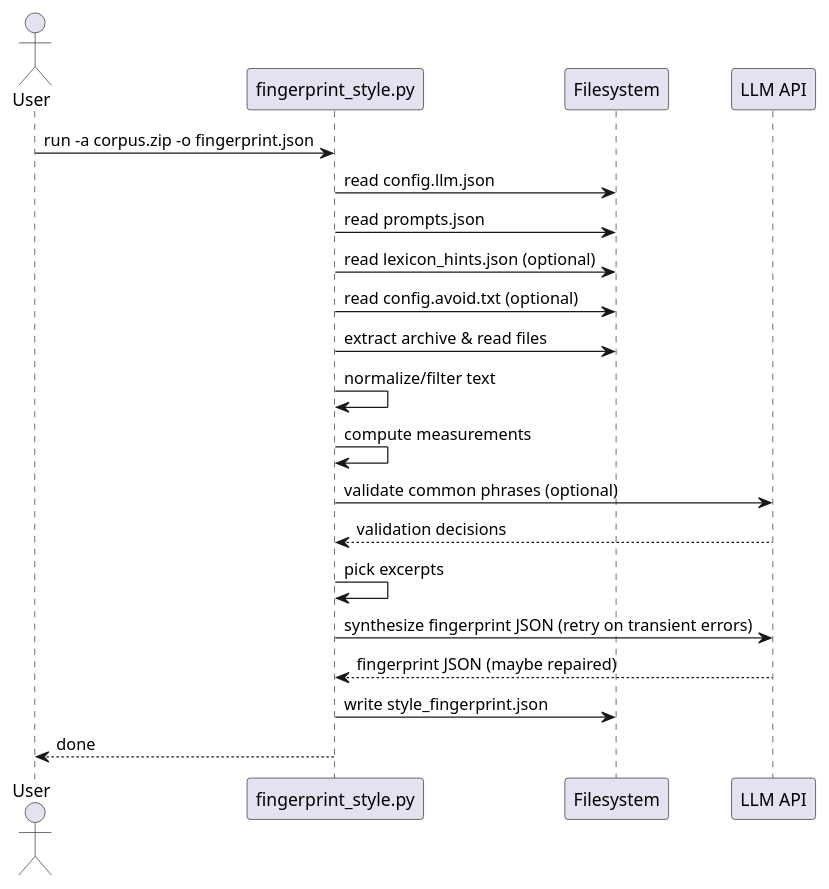
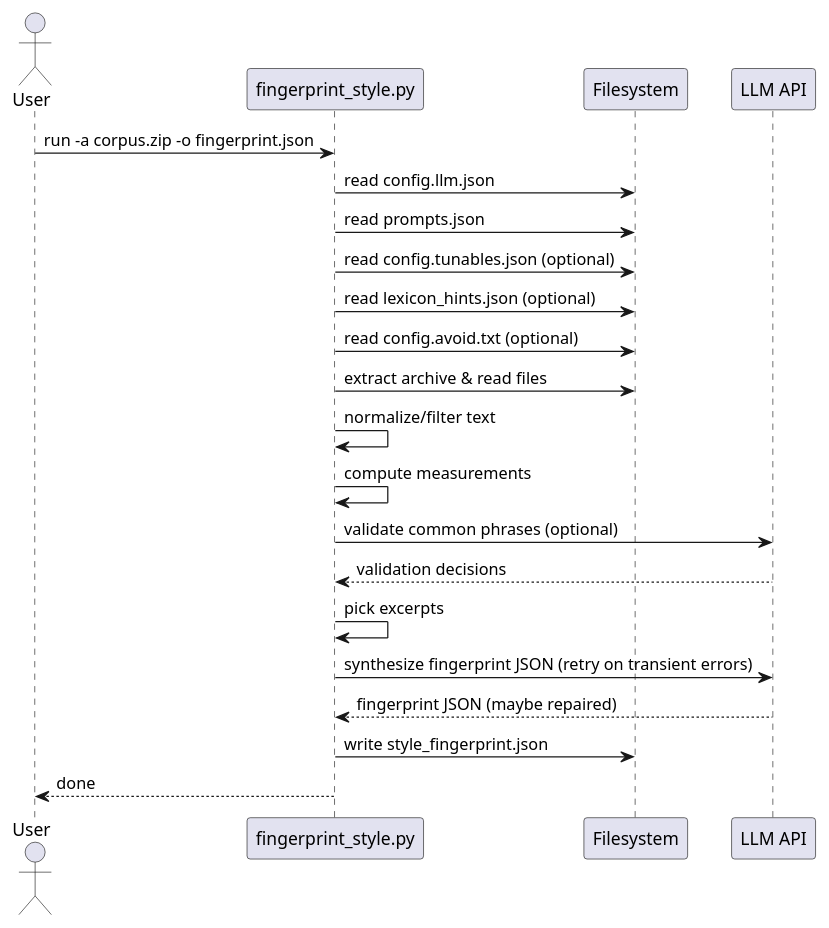
The third of 3 diagrams in UML-Fingerprint.md (ngpepin/stylometric-transfer), drawn with PlantUML before and after one commit. The commit also changed other lines of this file and 7 other files, not shown here.

````diff
--- a/UML-Fingerprint.md
+++ b/UML-Fingerprint.md
@@ -121,24 +125,25 @@
 ```plantuml
 @startuml
 actor User
 participant "fingerprint_style.py" as FS
 participant "Filesystem" as FSYS
 participant "LLM API" as LLM
 
 User -> FS : run -a corpus.zip -o fingerprint.json
 FS -> FSYS : read config.llm.json
 FS -> FSYS : read prompts.json
+FS -> FSYS : read config.tunables.json (optional)
 FS -> FSYS : read lexicon_hints.json (optional)
 FS -> FSYS : read config.avoid.txt (optional)
 FS -> FSYS : extract archive & read files
 FS -> FS : normalize/filter text
 FS -> FS : compute measurements
 FS -> LLM : validate common phrases (optional)
 LLM --> FS : validation decisions
 FS -> FS : pick excerpts
 FS -> LLM : synthesize fingerprint JSON (retry on transient errors)
 LLM --> FS : fingerprint JSON (maybe repaired)
 FS -> FSYS : write style_fingerprint.json
 FS --> User : done
 @enduml
 ```
````
